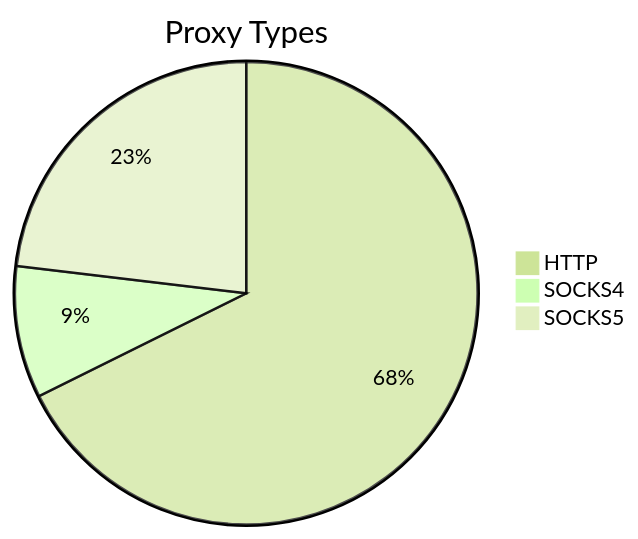
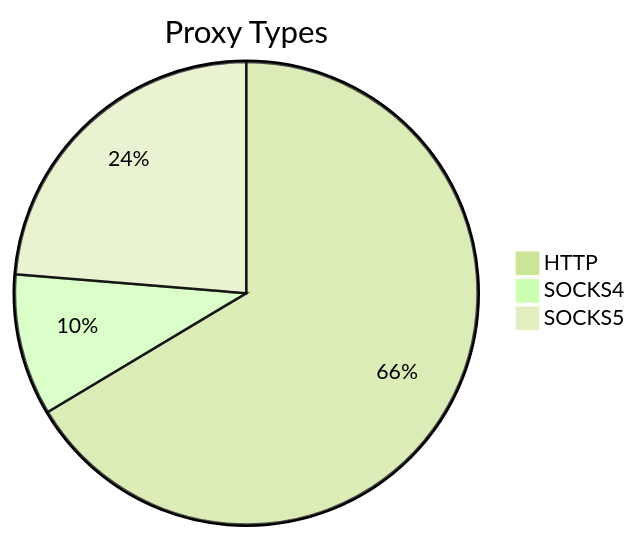
The first of 2 diagrams in README.md (stormsia/proxy-list), drawn with Mermaid (forest theme) before and after one commit. The commit also changed other lines of this file, not shown here.

````diff
--- a/README.md
+++ b/README.md
@@ -21,6 +21,6 @@
 ```mermaid
 pie title Proxy Types
-    "HTTP" : 360
-    "SOCKS4" : 49
-    "SOCKS5" : 123
+    "HTTP" : 356
+    "SOCKS4" : 53
+    "SOCKS5" : 127
 ```
````
